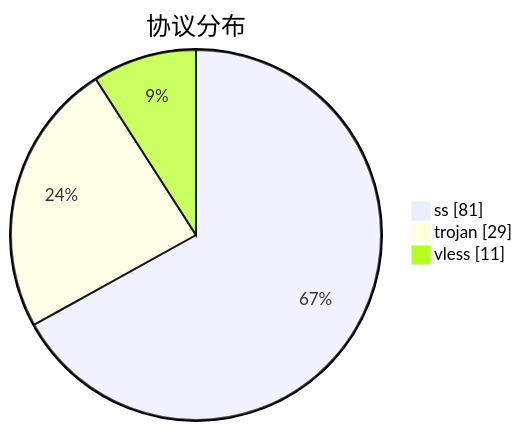
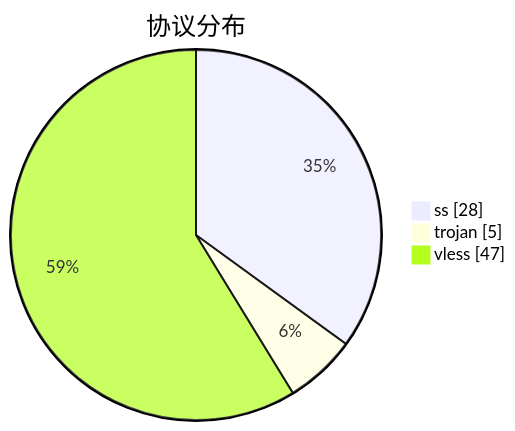
One commit to qjlxg/airport changed the third of 3 diagrams in subs/statistics/tested_within.md. Above: the diagram before and after it, drawn with Mermaid. The commit also changed other lines of this file and 2 other files, not shown here.

````diff
--- a/subs/statistics/tested_within.md
+++ b/subs/statistics/tested_within.md
@@ -31,7 +26,7 @@
 ```mermaid
 pie showData
 title 协议分布
-"ss" : 81
-"trojan" : 29
-"vless" : 11
+"ss" : 28
+"trojan" : 5
+"vless" : 47
 ```
````
